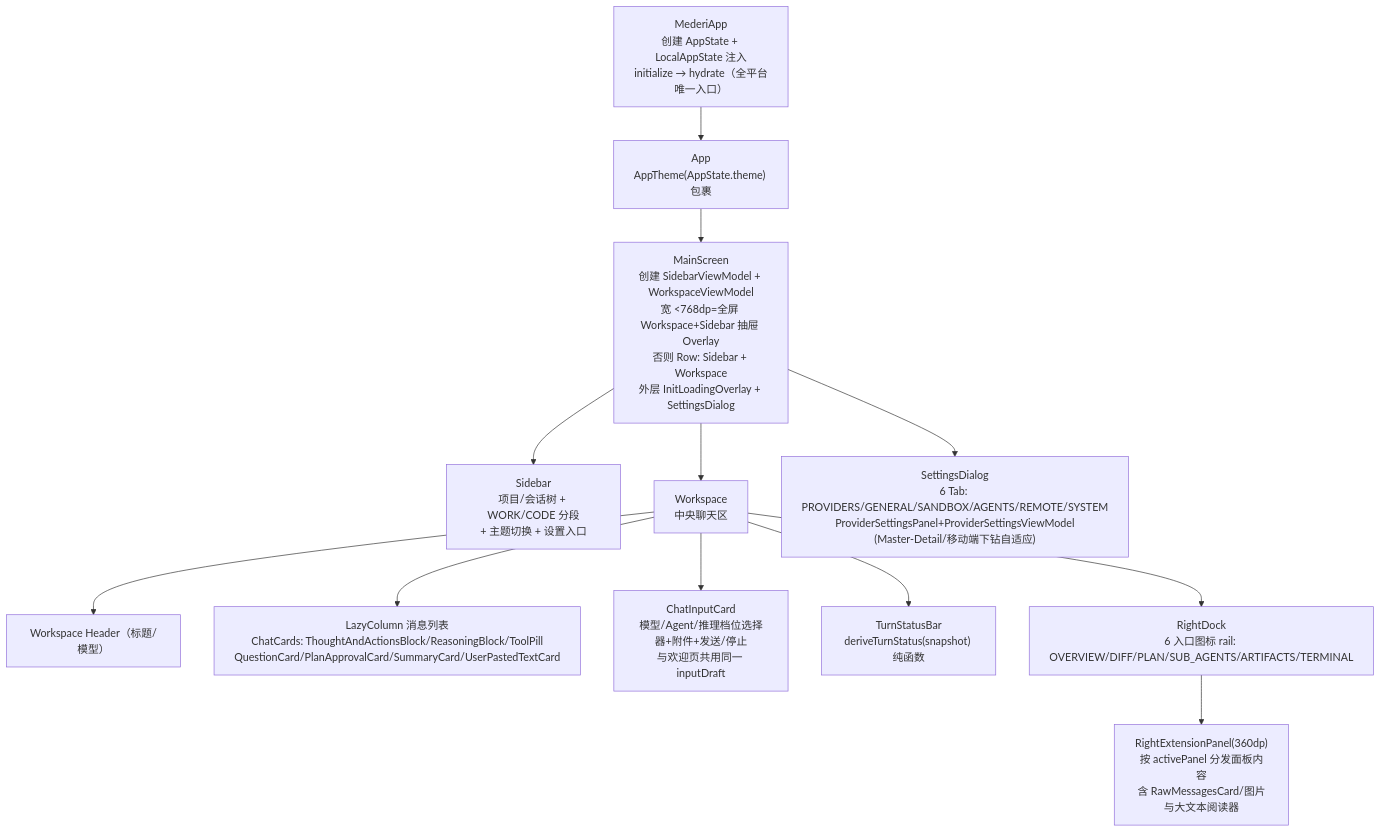
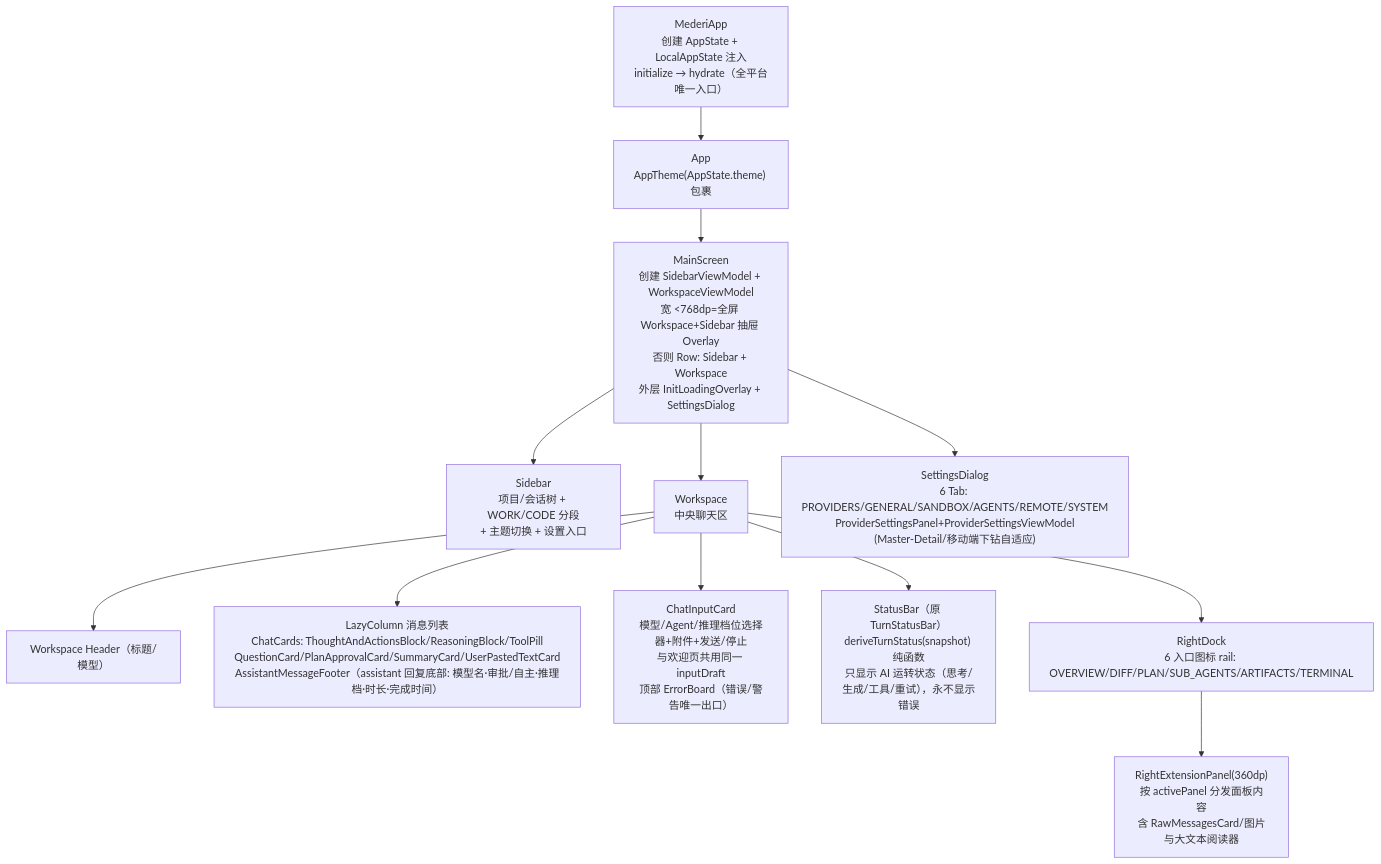
Before and after one commit to lzdev42/mederi: the third of 4 diagrams in mederi/docs/architecture/02-app-shared.md, drawn with Mermaid. The commit also changed other lines of this file and 45 other files, not shown here.

First line of the commit message:
feat: add stream diagnostics, interruption continue, and assistant footer metadata

````diff
--- a/mederi/docs/architecture/02-app-shared.md
+++ b/mederi/docs/architecture/02-app-shared.md
@@ -296,24 +296,24 @@
 ```mermaid
 flowchart TD
     MA["MederiApp<br/>创建 AppState + LocalAppState 注入<br/>initialize → hydrate（全平台唯一入口）"]
     APP["App<br/>AppTheme(AppState.theme) 包裹"]
     MS["MainScreen<br/>创建 SidebarViewModel + WorkspaceViewModel<br/>宽 <768dp=全屏 Workspace+Sidebar 抽屉 Overlay<br/>否则 Row: Sidebar + Workspace<br/>外层 InitLoadingOverlay + SettingsDialog"]
     SB["Sidebar<br/>项目/会话树 + WORK/CODE 分段<br/>+ 主题切换 + 设置入口"]
     WS["Workspace<br/>中央聊天区"]
     HDR["Workspace Header（标题/模型）"]
-    LIST["LazyColumn 消息列表<br/>ChatCards: ThoughtAndActionsBlock/ReasoningBlock/ToolPill<br/>QuestionCard/PlanApprovalCard/SummaryCard/UserPastedTextCard"]
-    INPUT["ChatInputCard<br/>模型/Agent/推理档位选择器+附件+发送/停止<br/>与欢迎页共用同一 inputDraft"]
-    TSB["TurnStatusBar<br/>deriveTurnStatus(snapshot) 纯函数"]
+    LIST["LazyColumn 消息列表<br/>ChatCards: ThoughtAndActionsBlock/ReasoningBlock/ToolPill<br/>QuestionCard/PlanApprovalCard/SummaryCard/UserPastedTextCard<br/>AssistantMessageFooter（assistant 回复底部: 模型名·审批/自主·推理档·时长·完成时间）"]
+    INPUT["ChatInputCard<br/>模型/Agent/推理档位选择器+附件+发送/停止<br/>与欢迎页共用同一 inputDraft<br/>顶部 ErrorBoard（错误/警告唯一出口）"]
+    SBAR["StatusBar（原 TurnStatusBar）<br/>deriveTurnStatus(snapshot) 纯函数<br/>只显示 AI 运转状态（思考/生成/工具/重试），永不显示错误"]
     DOCK["RightDock<br/>6 入口图标 rail: OVERVIEW/DIFF/PLAN/SUB_AGENTS/ARTIFACTS/TERMINAL"]
     REP["RightExtensionPanel(360dp)<br/>按 activePanel 分发面板内容<br/>含 RawMessagesCard/图片与大文本阅读器"]
     SD["SettingsDialog<br/>6 Tab: PROVIDERS/GENERAL/SANDBOX/AGENTS/REMOTE/SYSTEM<br/>ProviderSettingsPanel+ProviderSettingsViewModel<br/>(Master-Detail/移动端下钻自适应)"]
     MA --> APP --> MS
     MS --> SB
     MS --> WS
     WS --> HDR
     WS --> LIST
     WS --> INPUT
-    WS --> TSB
+    WS --> SBAR
     WS --> DOCK --> REP
     MS --> SD
 ```
````
